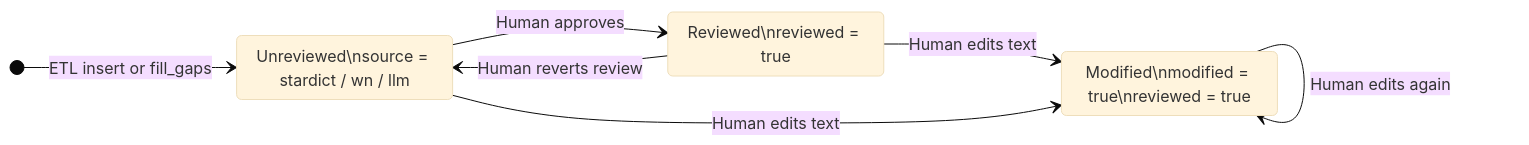
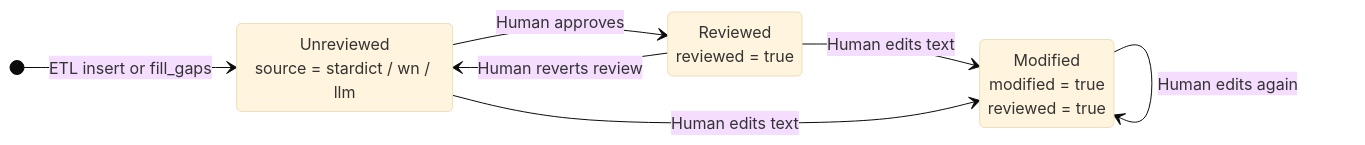
Before and after one commit to kindywu/wn2: the third of 17 diagrams in docs/dict-db-design.md, drawn with Mermaid (base theme). The commit also changed other lines of this file and 1 other file, not shown here.

````diff
--- a/docs/dict-db-design.md
+++ b/docs/dict-db-design.md
@@ -104,14 +104,14 @@
 ```mermaid
 stateDiagram-v2
     direction LR
-    Unreviewed: Unreviewed\nsource = stardict / wn / llm
-    Reviewed: Reviewed\nreviewed = true
-    Modified: Modified\nmodified = true\nreviewed = true
+    Unreviewed: Unreviewed<br/>source = stardict / wn / llm
+    Reviewed: Reviewed<br/>reviewed = true
+    Modified: Modified<br/>modified = true<br/>reviewed = true
 
     [*] --> Unreviewed: ETL insert or fill_gaps
     Unreviewed --> Reviewed: Human approves
     Reviewed --> Unreviewed: Human reverts review
     Reviewed --> Modified: Human edits text
     Unreviewed --> Modified: Human edits text
     Modified --> Modified: Human edits again
 ```
````
